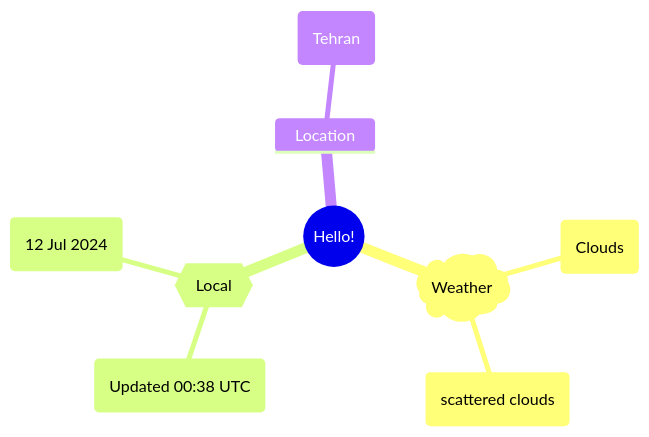
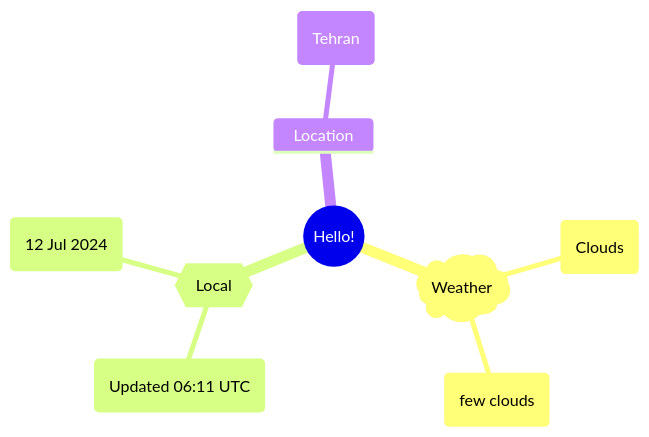
The first of 2 diagrams in README.md (Xosrov/Xosrov), drawn with Mermaid before and after one commit.

Commit message:
[bot] updated images

````diff
--- a/README.md
+++ b/README.md
@@ -3,12 +3,12 @@
 ```mermaid
 mindmap
   root((Hello!))
     )Weather(
         (Clouds)
-        (scattered clouds)
+        (few clouds)
     {{Local}}
-        (Updated 00:38 UTC)
+        (Updated 06:11 UTC)
         (12 Jul 2024)
     Location
         (Tehran)
 ```
````
